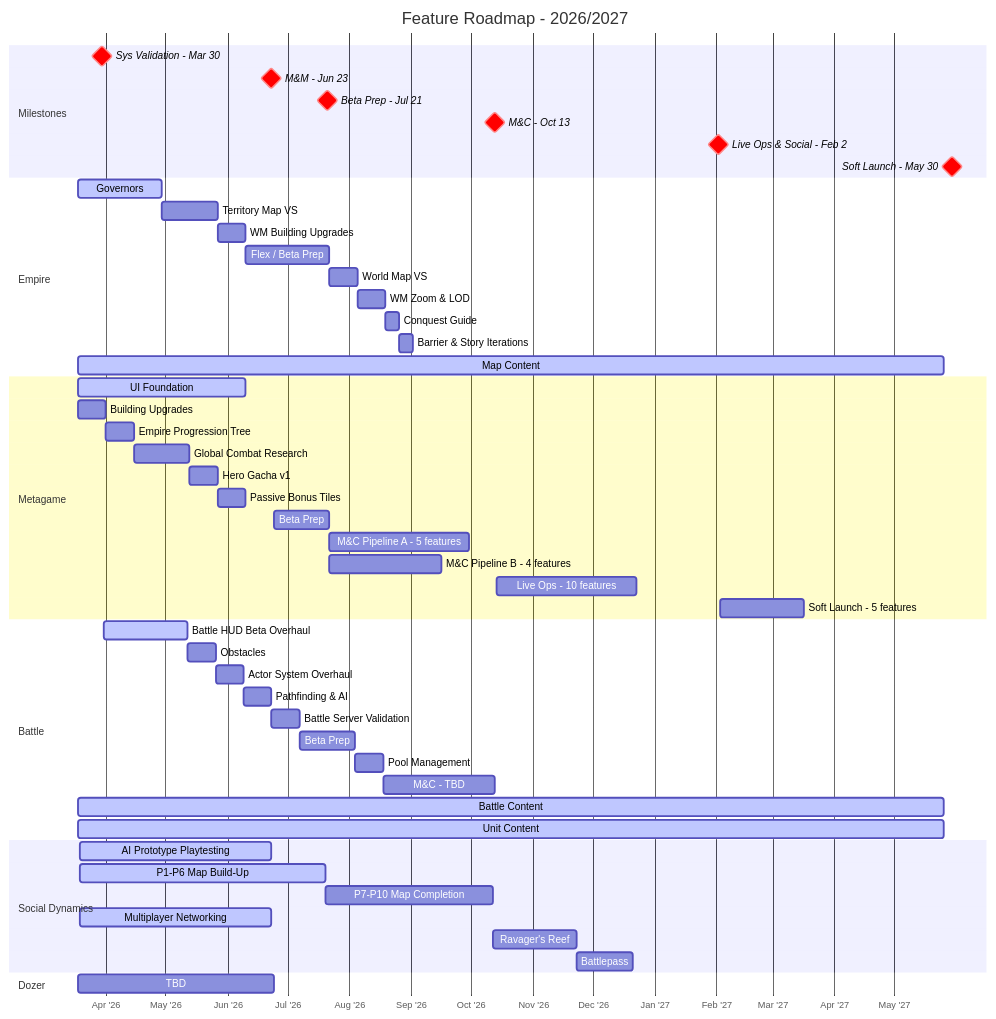
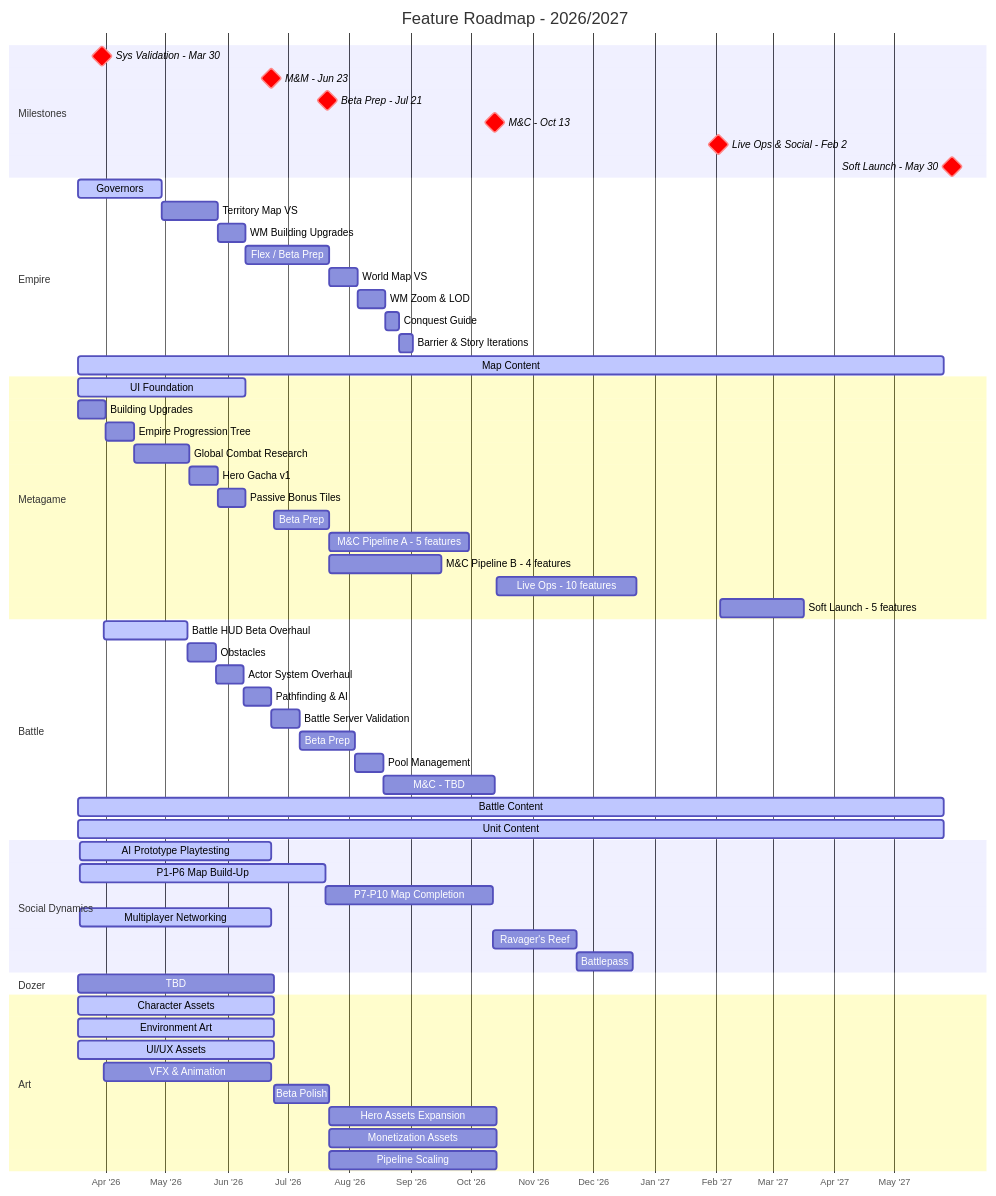
The diagram in generated/roadmap.md (timwilliams-prod/proj-chimera-documentation-brain), drawn with Mermaid before and after one commit. The commit also changed other lines of this file and 2 other files, not shown here.

First line of the commit message:
Add Art Pod to project planning

````diff
--- a/generated/roadmap.md
+++ b/generated/roadmap.md
@@ -16,62 +16,72 @@
 ```mermaid
 gantt
     title Feature Roadmap - 2026/2027
     dateFormat YYYY-MM-DD
     axisFormat %b '%y
     tickInterval 1month
 
     section Milestones
     Sys Validation - Mar 30   :crit, milestone, 2026-03-30, 0d
     M&M - Jun 23              :crit, milestone, 2026-06-23, 0d
     Beta Prep - Jul 21        :crit, milestone, 2026-07-21, 0d
     M&C - Oct 13              :crit, milestone, 2026-10-13, 0d
     Live Ops & Social - Feb 2 :crit, milestone, 2027-02-02, 0d
     Soft Launch - May 30      :crit, milestone, 2027-05-30, 0d
 
     section Empire
     Governors                 :active,  emp1, 2026-03-18, 42d
     Territory Map VS          :         emp2, after emp1, 28d
     WM Building Upgrades      :         emp3, after emp2, 14d
     Flex / Beta Prep          :         emp_bp, after emp3, 42d
     World Map VS              :         emp4, after emp_bp, 14d
     WM Zoom & LOD             :         emp5, after emp4, 14d
     Conquest Guide            :         emp6, after emp5, 7d
     Barrier & Story Iterations:         emp7, after emp6, 7d
     Map Content               :active,  emp_content, 2026-03-18, 434d
 
     section Metagame
     UI Foundation              :active, meta_a, 2026-03-18, 84d
     Building Upgrades          :meta1, 2026-03-18, 14d
     Empire Progression Tree    :meta2, after meta1, 14d
     Global Combat Research     :meta3, after meta2, 28d
     Hero Gacha v1              :meta4, after meta3, 14d
     Passive Bonus Tiles        :meta5, after meta4, 14d
     Beta Prep                  :meta_bp, 2026-06-24, 28d
     M&C Pipeline A - 5 features :meta_mc1, 2026-07-22, 70d
     M&C Pipeline B - 4 features :meta_mc2, 2026-07-22, 56d
     Live Ops - 10 features     :meta_lo, 2026-10-14, 70d
     Soft Launch - 5 features   :meta_sl, 2027-02-03, 42d
 
     section Battle
     Battle HUD Beta Overhaul  :active,  bat1, 2026-03-31, 42d
     Obstacles                 :         bat2, after bat1, 14d
     Actor System Overhaul     :         bat3, after bat2, 14d
     Pathfinding & AI          :         bat4, after bat3, 14d
     Battle Server Validation  :         bat5, after bat4, 14d
     Beta Prep                 :         bat_bp, after bat5, 28d
     Pool Management           :         bat6, after bat_bp, 14d
     M&C - TBD                 :         bat_mc, after bat6, 56d
     Battle Content            :active,  bat_content, 2026-03-18, 434d
     Unit Content              :active,  bat_units, 2026-03-18, 434d
 
     section Social Dynamics
     AI Prototype Playtesting   :active,  soc_ai, 2026-03-19, 2026-06-23
     P1-P6 Map Build-Up        :active,  soc1, 2026-03-19, 2026-07-20
     P7-P10 Map Completion      :         soc2, after soc1, 84d
     Multiplayer Networking     :active,  soc_net, 2026-03-19, 2026-06-23
     Ravager's Reef             :         soc_rr, after soc2, 42d
     Battlepass                 :         soc_bp, after soc_rr, 28d
 
     section Dozer
     TBD                       :         doz1, 2026-03-18, 98d
+
+    section Art
+    Character Assets          :active,  art1, 2026-03-18, 98d
+    Environment Art           :active,  art2, 2026-03-18, 98d
+    UI/UX Assets              :active,  art3, 2026-03-18, 98d
+    VFX & Animation           :         art4, 2026-03-31, 84d
+    Beta Polish               :         art_bp, 2026-06-24, 28d
+    Hero Assets Expansion     :         art5, 2026-07-22, 84d
+    Monetization Assets       :         art6, 2026-07-22, 84d
+    Pipeline Scaling          :         art7, 2026-07-22, 84d
 ```
````
